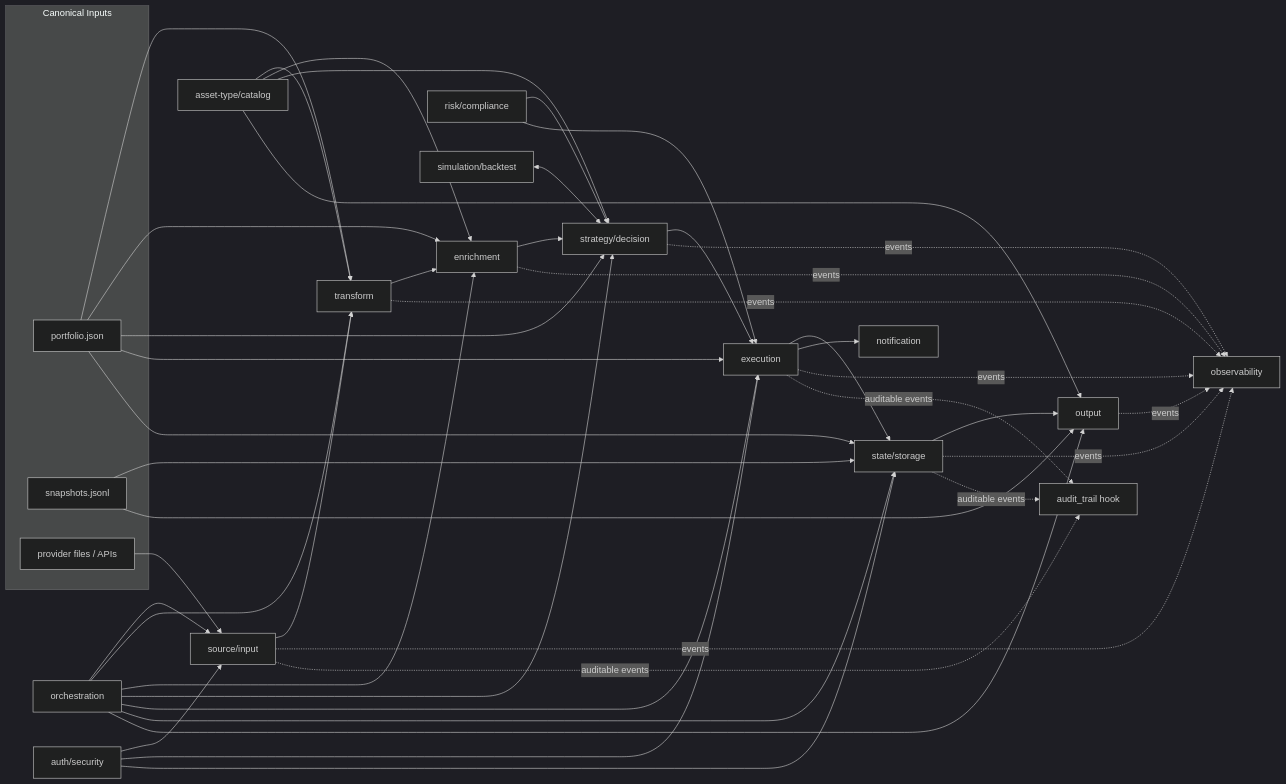
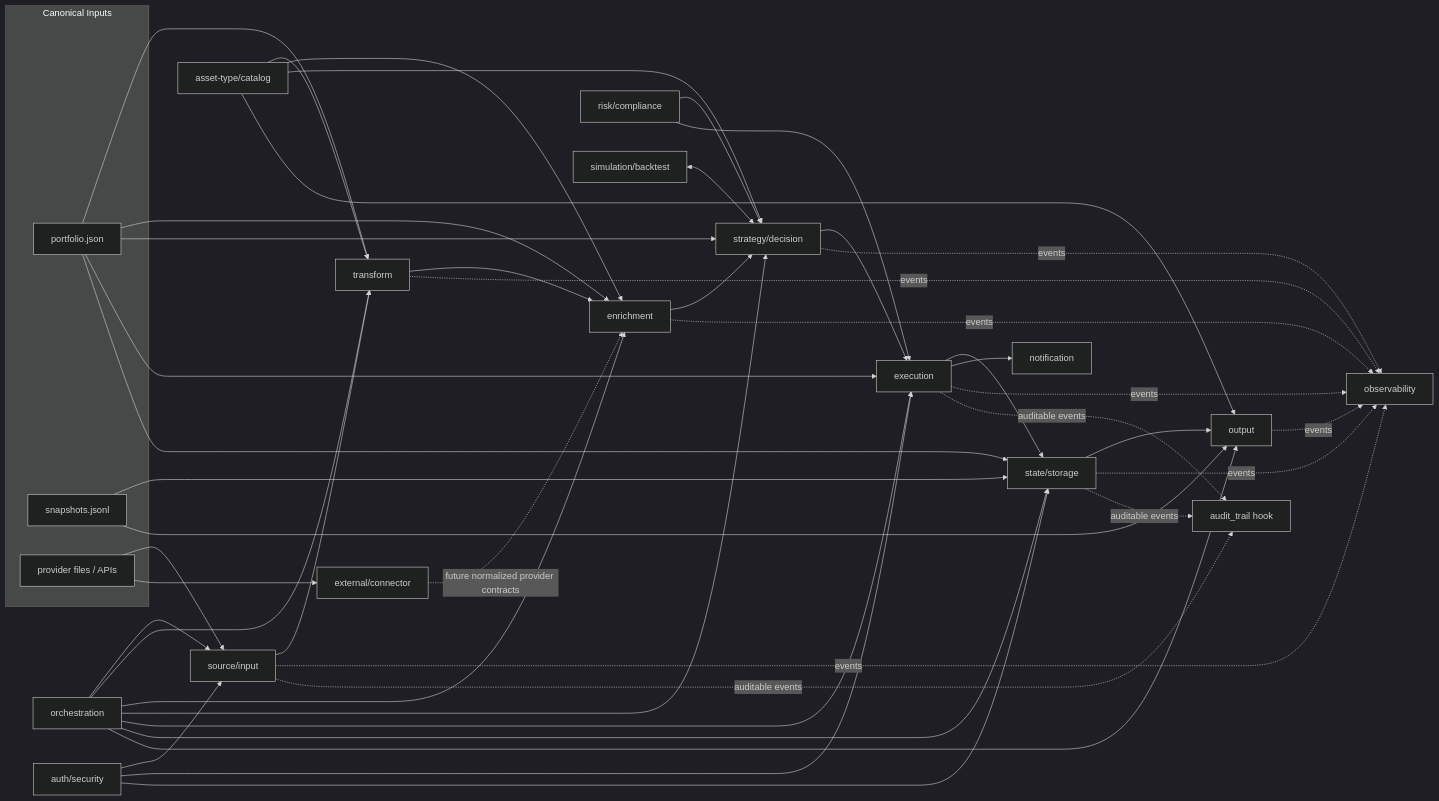
Before and after one commit to ricardocabral/rikdom: the diagram in docs/explanation/plugin-architecture.md, drawn with Mermaid (dark theme). The commit also changed other lines of this file and 21 other files, not shown here.

Commit message:
feat: add external connector foundation and brapi plugin

````diff
--- a/docs/explanation/plugin-architecture.md
+++ b/docs/explanation/plugin-architecture.md
@@ -32,51 +32,53 @@
 ```mermaid
 flowchart LR
   subgraph Inputs["Canonical Inputs"]
     P["portfolio.json"]
     S["snapshots.jsonl"]
     X["provider files / APIs"]
   end
 
   SI["source/input"] --> TF["transform"] --> EN["enrichment"] --> SD["strategy/decision"] --> EX["execution"] --> SS["state/storage"] --> OUT["output"]
   X --> SI
+  X --> CON["external/connector"]
+  CON -. "future normalized provider contracts" .-> EN
   P --> TF
   P --> EN
   P --> SD
   P --> EX
   P --> SS
   S --> SS
   S --> OUT
 
   AT["asset-type/catalog"] --> TF
   AT --> EN
   AT --> SD
   AT --> OUT
 
   ORC["orchestration"] --> SI
   ORC --> TF
   ORC --> EN
   ORC --> SD
   ORC --> EX
   ORC --> SS
   ORC --> OUT
 
   RC["risk/compliance"] --> SD
   RC --> EX
   AUTH["auth/security"] --> SI
   AUTH --> EX
   AUTH --> SS
   EX --> NOTIF["notification"]
   SB["simulation/backtest"] <--> SD
 
   SI -. events .-> OBS["observability"]
   TF -. events .-> OBS
   EN -. events .-> OBS
   SD -. events .-> OBS
   EX -. events .-> OBS
   SS -. events .-> OBS
   OUT -. events .-> OBS
 
   SI -. auditable events .-> AUD["audit_trail hook"]
   EX -. auditable events .-> AUD
   SS -. auditable events .-> AUD
 ```
````
